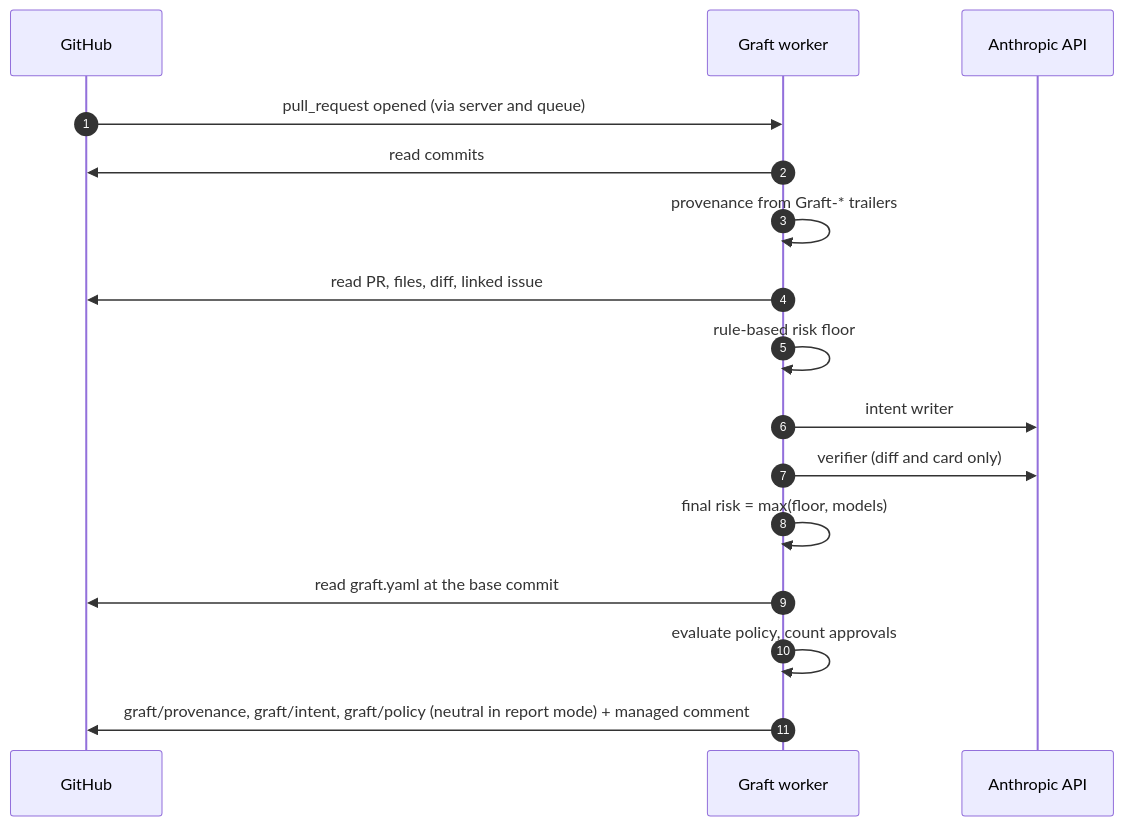
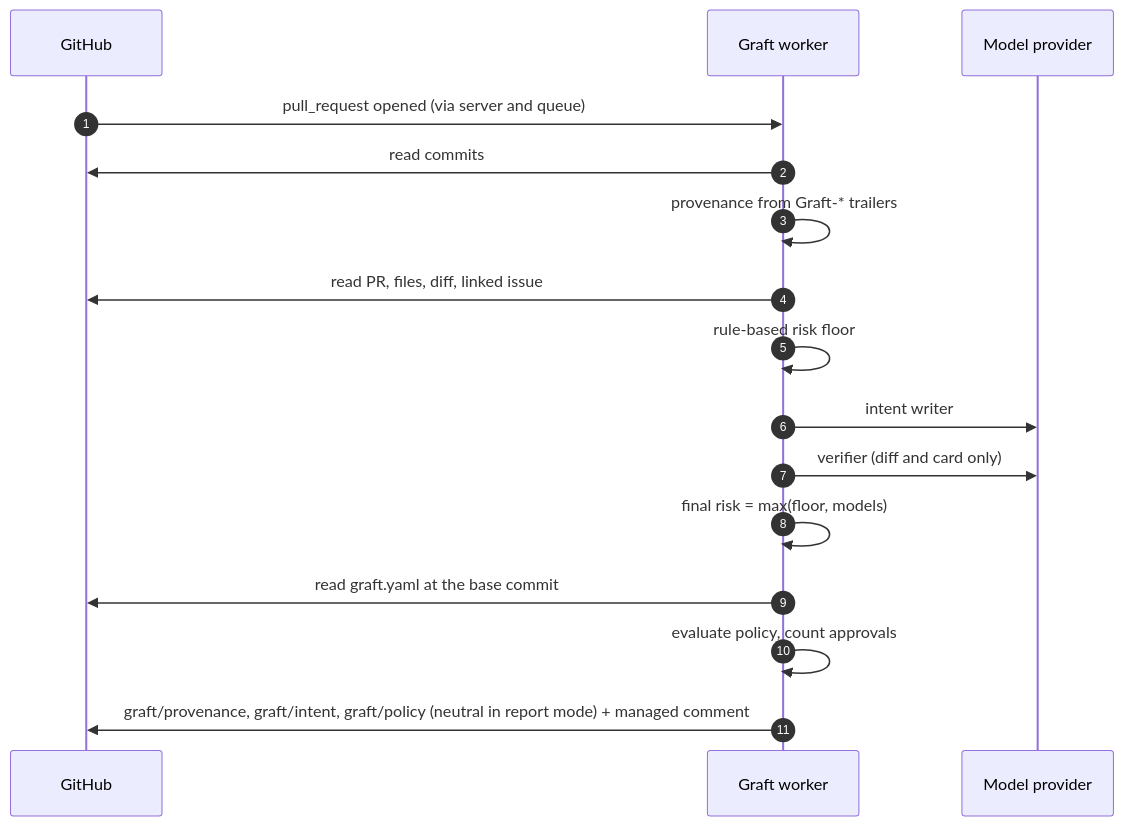
Before and after one commit to mmornati/graft: the second of 2 diagrams in README.md, drawn with Mermaid. The commit also changed other lines of this file and 14 other files, not shown here.

First line of the commit message:
Add a guide to choosing and installing a model provider

````diff
--- a/README.md
+++ b/README.md
@@ -55,18 +56,18 @@
 ```mermaid
 sequenceDiagram
     autonumber
     participant GH as GitHub
     participant W as Graft worker
-    participant AI as Anthropic API
+    participant AI as Model provider
     GH->>W: pull_request opened (via server and queue)
     W->>GH: read commits
     W->>W: provenance from Graft-* trailers
     W->>GH: read PR, files, diff, linked issue
     W->>W: rule-based risk floor
     W->>AI: intent writer
     W->>AI: verifier (diff and card only)
     W->>W: final risk = max(floor, models)
     W->>GH: read graft.yaml at the base commit
     W->>W: evaluate policy, count approvals
     W->>GH: graft/provenance, graft/intent, graft/policy (neutral in report mode) + managed comment
 ```
````
